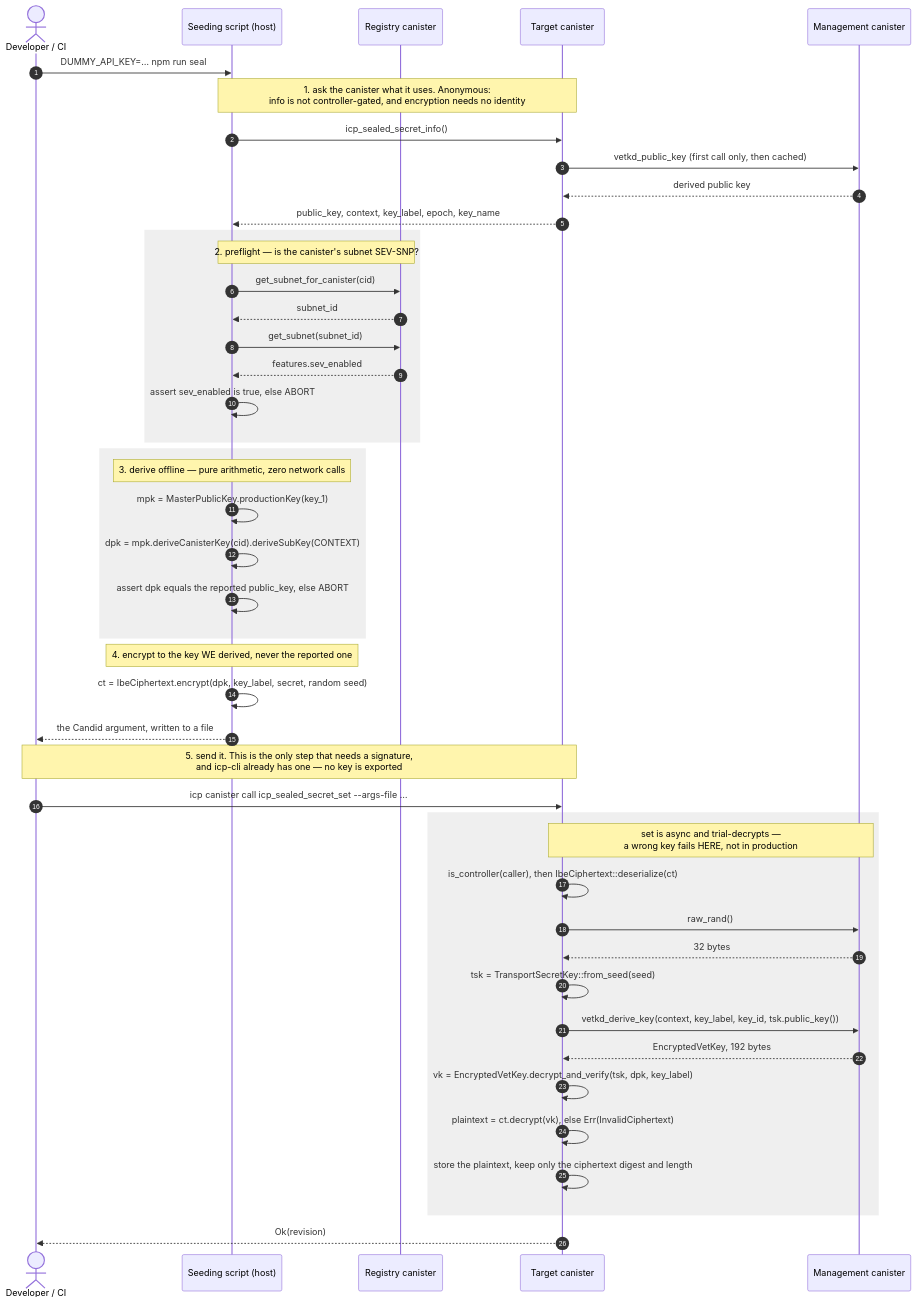
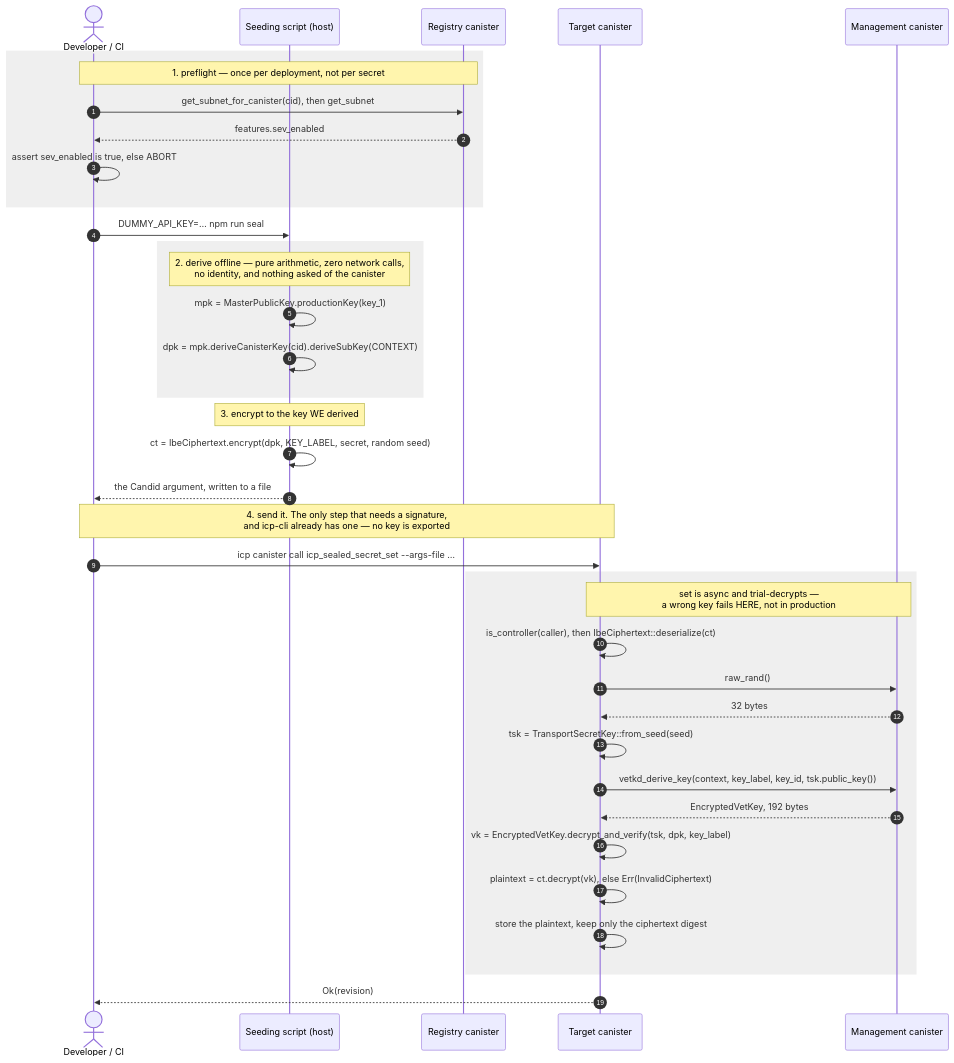
The first of 2 diagrams in README.md (marc0olo/icp-seeding-secrets-poc), drawn with Mermaid before and after one commit. The commit also changed other lines of this file and 25 other files, not shown here.

First line of the commit message:
standardize context and key label; drop info, epoch and the caps

````diff
--- a/README.md
+++ b/README.md
@@ -207,55 +206,46 @@
 ```mermaid
 sequenceDiagram
     autonumber
     actor Dev as Developer / CI
     participant Script as Seeding script (host)
     participant Reg as Registry canister
     participant Can as Target canister
     participant Mgmt as Management canister
 
+    rect rgba(120,120,120,.12)
+    Note over Dev,Reg: 1. preflight — once per deployment, not per secret
+    Dev->>Reg: get_subnet_for_canister(cid), then get_subnet
+    Reg-->>Dev: features.sev_enabled
+    Dev->>Dev: assert sev_enabled is true, else ABORT
+    end
+
     Dev->>Script: DUMMY_API_KEY=… npm run seal
 
-    Note over Script,Can: 1. ask the canister what it uses. Anonymous:<br/>info is not controller-gated, and encryption needs no identity
-    Script->>Can: icp_sealed_secret_info()
-    Can->>Mgmt: vetkd_public_key (first call only, then cached)
-    Mgmt-->>Can: derived public key
-    Can-->>Script: public_key, context, key_label, epoch, key_name
-
     rect rgba(120,120,120,.12)
-    Note over Script,Reg: 2. preflight — is the canister's subnet SEV-SNP?
-    Script->>Reg: get_subnet_for_canister(cid)
-    Reg-->>Script: subnet_id
-    Script->>Reg: get_subnet(subnet_id)
-    Reg-->>Script: features.sev_enabled
-    Script->>Script: assert sev_enabled is true, else ABORT
+    Note over Script: 2. derive offline — pure arithmetic, zero network calls,<br/>no identity, and nothing asked of the canister
+    Script->>Script: mpk = MasterPublicKey.productionKey(key_1)
+    Script->>Script: dpk = mpk.deriveCanisterKey(cid).deriveSubKey(CONTEXT)
     end
 
-    rect rgba(120,120,120,.12)
-    Note over Script: 3. derive offline — pure arithmetic, zero network calls
-    Script->>Script: mpk = MasterPublicKey.productionKey(key_1)
-    Script->>Script: dpk = mpk.deriveCanisterKey(cid).deriveSubKey(CONTEXT)
-    Script->>Script: assert dpk equals the reported public_key, else ABORT
-    end
-
-    Note over Script: 4. encrypt to the key WE derived, never the reported one
-    Script->>Script: ct = IbeCiphertext.encrypt(dpk, key_label, secret, random seed)
+    Note over Script: 3. encrypt to the key WE derived
+    Script->>Script: ct = IbeCiphertext.encrypt(dpk, KEY_LABEL, secret, random seed)
     Script-->>Dev: the Candid argument, written to a file
 
-    Note over Dev,Can: 5. send it. This is the only step that needs a signature,<br/>and icp-cli already has one — no key is exported
+    Note over Dev,Can: 4. send it. The only step that needs a signature,<br/>and icp-cli already has one — no key is exported
     Dev->>Can: icp canister call icp_sealed_secret_set --args-file …
 
     rect rgba(120,120,120,.12)
     Note over Can,Mgmt: set is async and trial-decrypts —<br/>a wrong key fails HERE, not in production
     Can->>Can: is_controller(caller), then IbeCiphertext::deserialize(ct)
     Can->>Mgmt: raw_rand()
     Mgmt-->>Can: 32 bytes
     Can->>Can: tsk = TransportSecretKey::from_seed(seed)
     Can->>Mgmt: vetkd_derive_key(context, key_label, key_id, tsk.public_key())
     Mgmt-->>Can: EncryptedVetKey, 192 bytes
     Can->>Can: vk = EncryptedVetKey.decrypt_and_verify(tsk, dpk, key_label)
     Can->>Can: plaintext = ct.decrypt(vk), else Err(InvalidCiphertext)
-    Can->>Can: store the plaintext, keep only the ciphertext digest and length
+    Can->>Can: store the plaintext, keep only the ciphertext digest
     end
 
     Can-->>Dev: Ok(revision)
 ```
````
